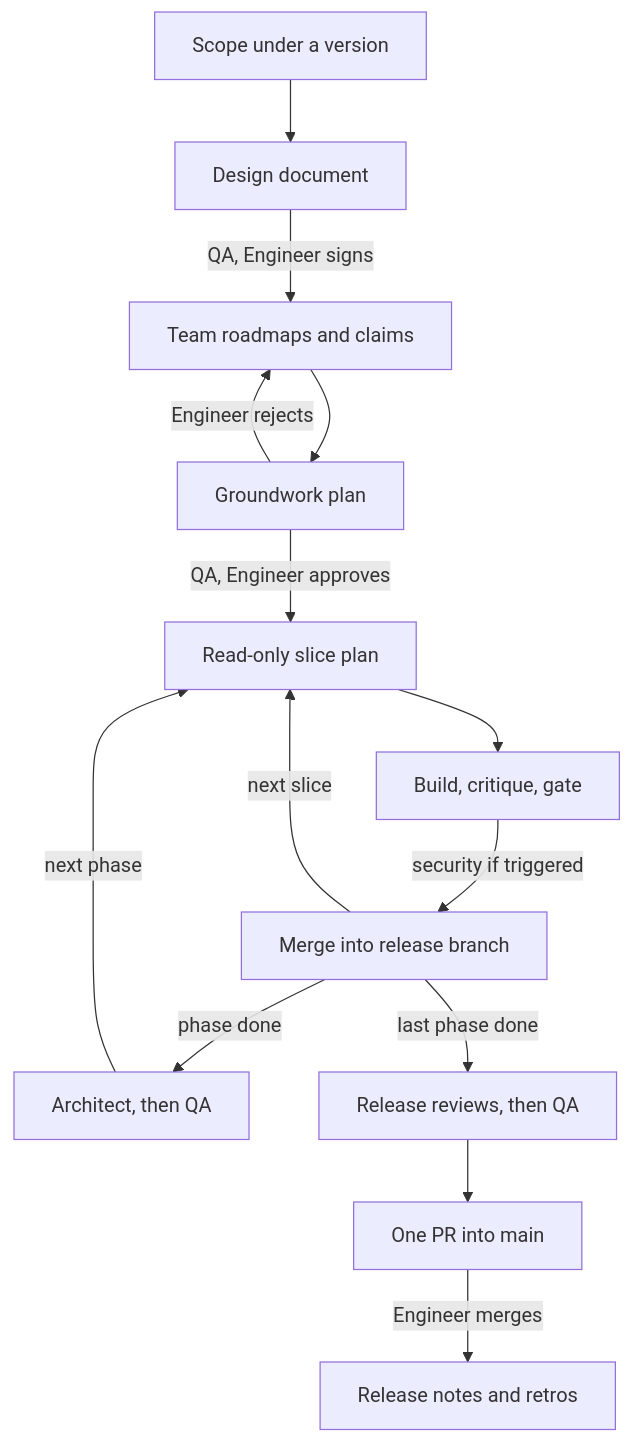
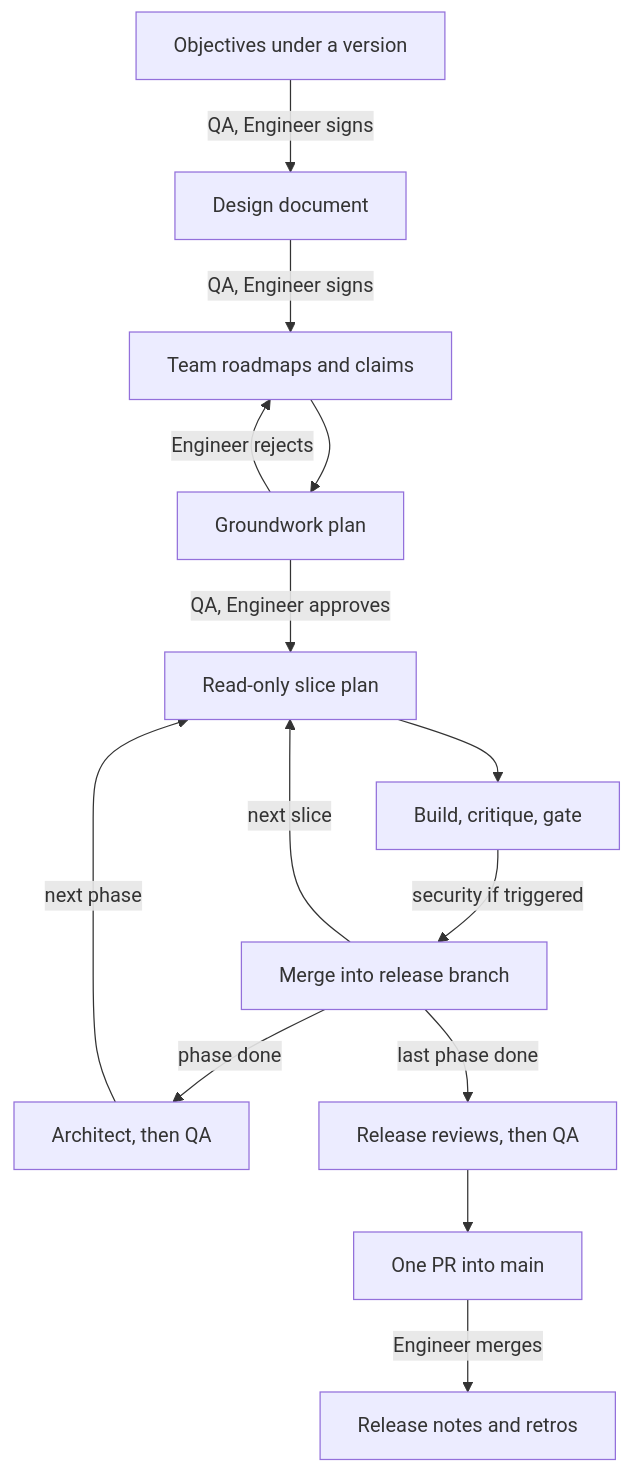
One commit to ProgrammingCheetah/ways changed the diagram in plugins/teams/README.md. Above: the diagram before and after it, drawn with Mermaid. The commit also changed other lines of this file and 12 other files, not shown here.

````diff
--- a/plugins/teams/README.md
+++ b/plugins/teams/README.md
@@ -15,16 +15,16 @@
 ```mermaid
 flowchart TD
-  A[Scope under a version] --> B[Design document]
+  A[Objectives under a version] -->|QA, Engineer signs| B[Design document]
   B -->|QA, Engineer signs| C[Team roadmaps and claims]
   C --> D[Groundwork plan]
   D -->|Engineer rejects| C
   D -->|QA, Engineer approves| E[Read-only slice plan]
   E --> F[Build, critique, gate]
   F -->|security if triggered| G[Merge into release branch]
   G -->|next slice| E
   G -->|phase done| H[Architect, then QA]
   H -->|next phase| E
   G -->|last phase done| I[Release reviews, then QA]
   I --> J[One PR into main]
   J -->|Engineer merges| K[Release notes and retros]
 ```
````
